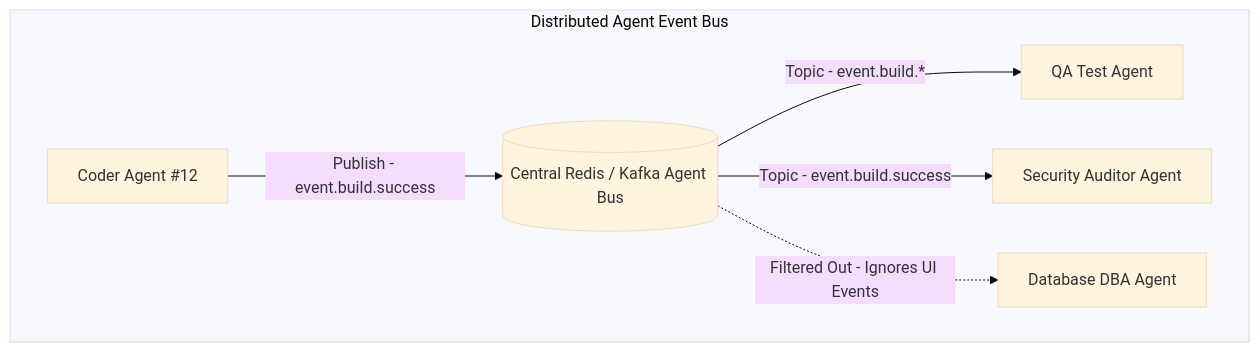
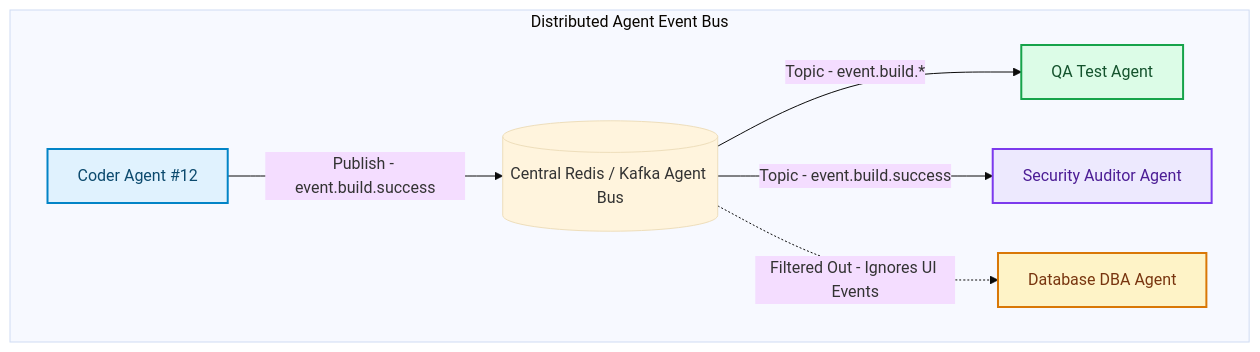
The second of 2 diagrams in blog/posts/skyscraper-elevator-problem-scaling-multi-agent-ipc-context-explosion.md (akmalkhaniub/akmalkhaniub.github.io), drawn with Mermaid (base theme) before and after one commit. The commit also changed other lines of this file and 1291 other files, not shown here.

First line of the commit message:
feat(catalog): unique covers, scholarly references, and diagram palettes

````diff
--- a/blog/posts/skyscraper-elevator-problem-scaling-multi-agent-ipc-context-explosion.md
+++ b/blog/posts/skyscraper-elevator-problem-scaling-multi-agent-ipc-context-explosion.md
@@ -96,12 +107,22 @@
 ```mermaid
 flowchart TD
   subgraph SG2_DistributedAgentEvent ["Distributed Agent Event Bus"]
     Bus[(Central Redis / Kafka Agent Bus)]
     
-    Publisher[Coder Agent #12] -->|Publish - event.build.success| Bus
+    Publisher["Coder Agent #12"] -->|Publish - event.build.success| Bus
     
-    Bus -->|Topic - event.build.*| Sub1[QA Test Agent]
-    Bus -->|Topic - event.build.success| Sub2[Security Auditor Agent]
-    Bus -.->|Filtered Out - Ignores UI Events| Sub3[Database DBA Agent]
+    Bus -->|Topic - event.build.*| Sub1["QA Test Agent"]
+    Bus -->|Topic - event.build.success| Sub2["Security Auditor Agent"]
+    Bus -.->|Filtered Out - Ignores UI Events| Sub3["Database DBA Agent"]
   end
+
+classDef green fill:#dcfce7,stroke:#16a34a,stroke-width:2px,color:#14532d;
+classDef red fill:#fee2e2,stroke:#dc2626,stroke-width:2px,color:#7f1d1d;
+classDef blue fill:#e0f2fe,stroke:#0284c7,stroke-width:2px,color:#0c4a6e;
+classDef yellow fill:#fef3c7,stroke:#d97706,stroke-width:2px,color:#78350f;
+classDef purple fill:#ede9fe,stroke:#7c3aed,stroke-width:2px,color:#4c1d95;
+class Publisher blue
+class Sub1 green
+class Sub2 purple
+class Sub3 yellow
 ```
````
